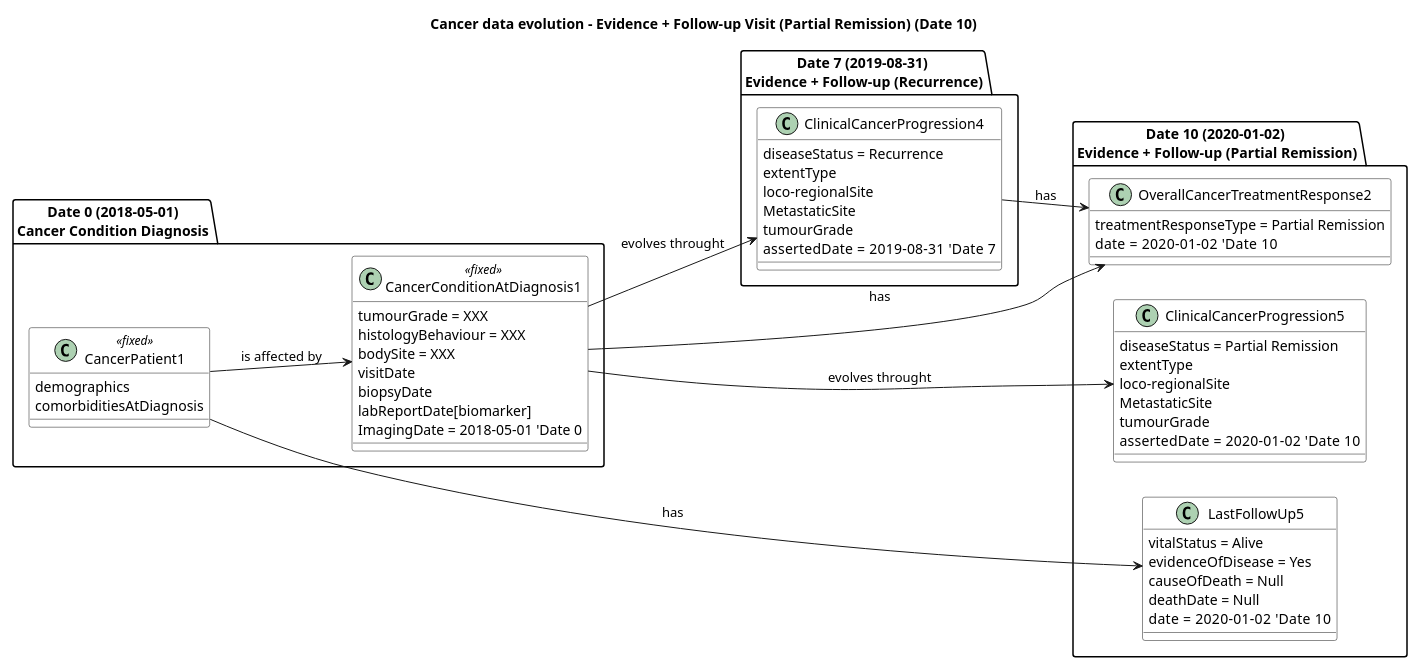
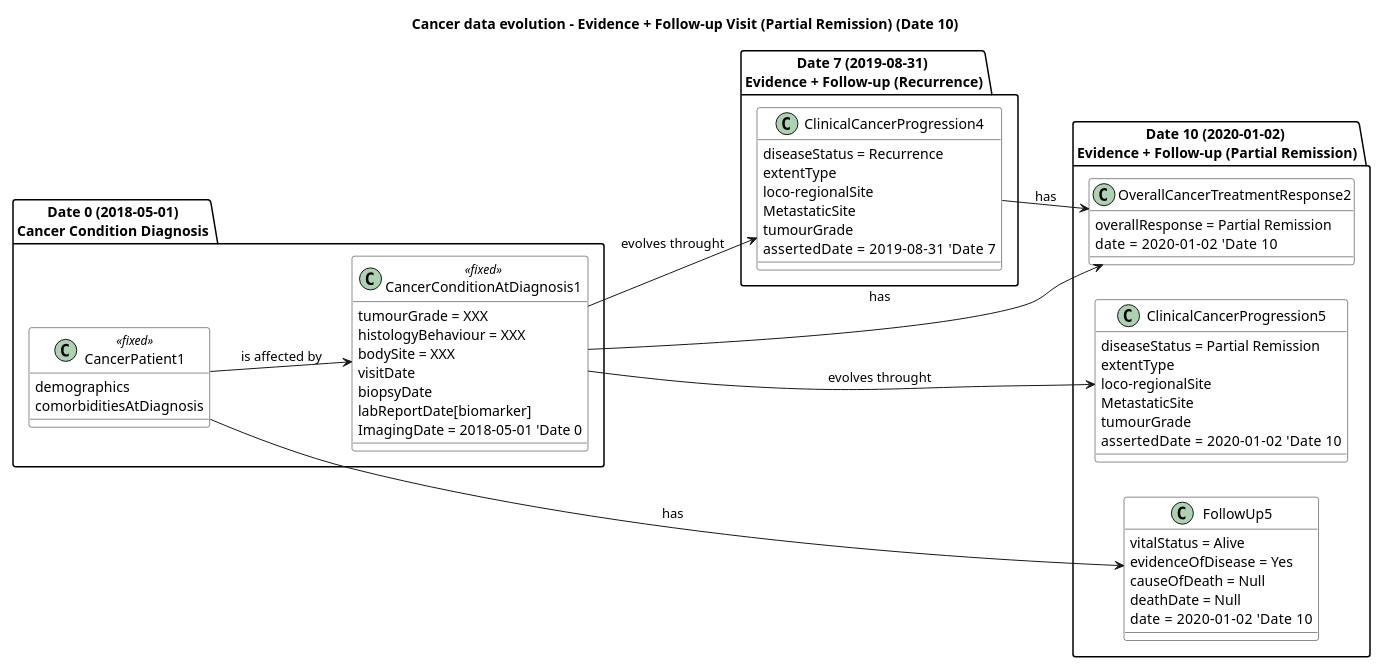
Before and after one commit to hl7-eu/cancer-common: the diagram in input/images-source/CancerDataEvolution5.plantuml, drawn with PlantUML. The commit also changed 45 other files, not shown here.

```diff
--- a/input/images-source/CancerDataEvolution5.plantuml
+++ b/input/images-source/CancerDataEvolution5.plantuml
@@ -1,149 +1,149 @@
 @startuml
 title Cancer data evolution – Evidence + Follow-up Visit (Partial Remission) (Date 10)
 
 left to right direction
 skinparam class {
   BackgroundColor White
 }
 
 scale 0.8
 
 package "Date 0 (2018-05-01)\nCancer Condition Diagnosis" {
   class CancerPatient1 <<fixed>> {
     demographics
     comorbiditiesAtDiagnosis
   }
   
   class CancerConditionAtDiagnosis1 <<fixed>> {
    tumourGrade = XXX
     histologyBehaviour = XXX
     bodySite = XXX
     visitDate 
     biopsyDate 
     labReportDate[biomarker] 
     ImagingDate = 2018-05-01 'Date 0
   }
  
 }
 
 ' Links inside Date 0
 CancerPatient1 --> CancerConditionAtDiagnosis1 : is affected by
 
 package "Date 7 (2019-08-31) \nEvidence + Follow-up (Recurrence)" {
      class ClinicalCancerProgression4 {
       diseaseStatus = Recurrence
       extentType 
       loco-regionalSite 
       MetastaticSite 
       tumourGrade
       assertedDate = 2019-08-31   'Date 7
     }
 
  }
 
   package "Date 10 (2020-01-02) \nEvidence + Follow-up (Partial Remission)" {
     
     class OverallCancerTreatmentResponse2 {
-      treatmentResponseType = Partial Remission
+      overallResponse = Partial Remission
       date = 2020-01-02   'Date 10
     }
 
-    class LastFollowUp5 {
+    class FollowUp5 {
      vitalStatus = Alive
      evidenceOfDisease = Yes
      causeOfDeath = Null
      deathDate = Null
      date = 2020-01-02   'Date 10
   }
 
     class ClinicalCancerProgression5 {
       diseaseStatus = Partial Remission
       extentType 
       loco-regionalSite 
       MetastaticSite 
       tumourGrade
       assertedDate = 2020-01-02   'Date 10
     }
 
  }
 
 CancerConditionAtDiagnosis1 --> ClinicalCancerProgression4 : evolves throught
 CancerConditionAtDiagnosis1 --> OverallCancerTreatmentResponse2 : has
 ClinicalCancerProgression4 --> OverallCancerTreatmentResponse2 : has
-CancerPatient1 --> LastFollowUp5 : has
+CancerPatient1 --> FollowUp5 : has
 CancerConditionAtDiagnosis1 --> ClinicalCancerProgression5 : evolves throught
 
 
 /' ' =====================================================
 'Date 10 – 2020-01-02 (evidence + follow-up visit)
 ' =====================================================
 package "Date 10 (2020-01-02)\nEvidence + Follow-up Visit" {
 
   class TR2 as "Treatment Response 2" {
     treatment_response_type = Partial Remission
     based_on = latest evidence
     date = 2020-01-02
   }
 
   class CancerCondition_D10 as "Cancer Condition" {
     histology_behaviour (fixed)
     body_site (fixed)
     tumour_grade
     asserted_date = procedure date (fixed)
     base_of_diagnosis (fixed)
     imaging_type (fixed)
     biomarker_type (fixed)
     disease_status = Partial Remission
     last_check = Date 10
   }
 
   class DiseaseEvolution1 as "Disease Evolution (over time & space) 1" {
     extent_type = Recurrence
     disease_extent (sites)
     histology_behaviour
     tumour_grade
     base_of_diagnosis
     imaging_type
     biomarker_type
     genomics
     asserted_date = Date 7 (fixed)
   }
 
   class Patient_D10 as "Patient" <<fixed>> {
     demographics
     comorbidities
     life_status = Alive With Disease (AWD)
     last_check = Date 10
   }
 }
 
 
 package drugTreatment as "Drug Treatment" {
 
 ' ===========================================
 'Date 8 – 2019-09-10 (Drug treatment start)
 ' ===========================================
 package date8 as "Date 8 (2019-09-10)\nDrug Treatment Start" {
   class DrugAdministration_Start as "Drug Administration" {
     intent = definitive
     start_date = 2019-09-10
   }
 }
 
 ' ===========================================
 'Date 9 – 2019-12-16 (Drug treatment end)
 ' ===========================================
 package date9 as "Date 9 (2019-12-16)\nDrug Treatment End" {
   class DrugAdministration_End as "Drug Administration (end)" {
     intent = definitive
     end_date = 2019-12-16
   }
 }
 
 }
 
 TR2 --> drugTreatment : related to
 
 ' Relationships (as implied by the picture) '/
 
 @enduml
```
